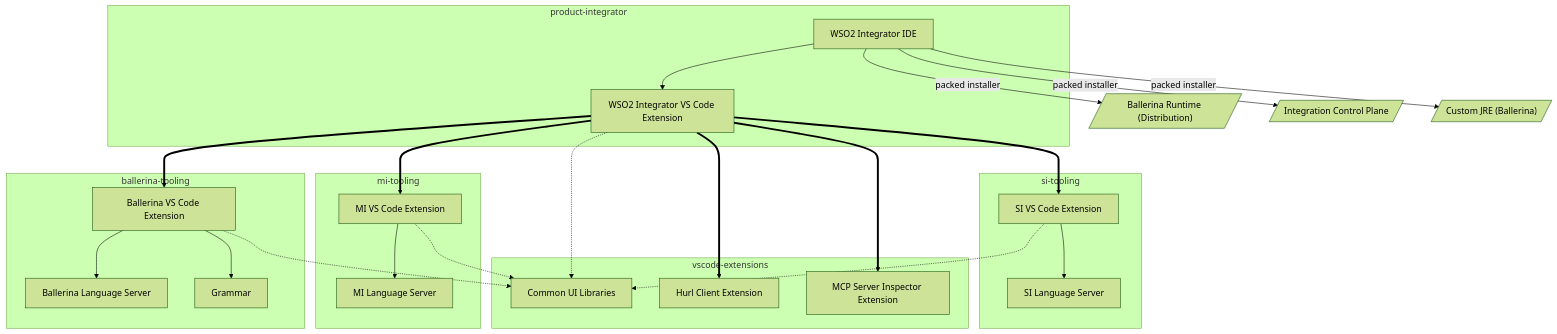
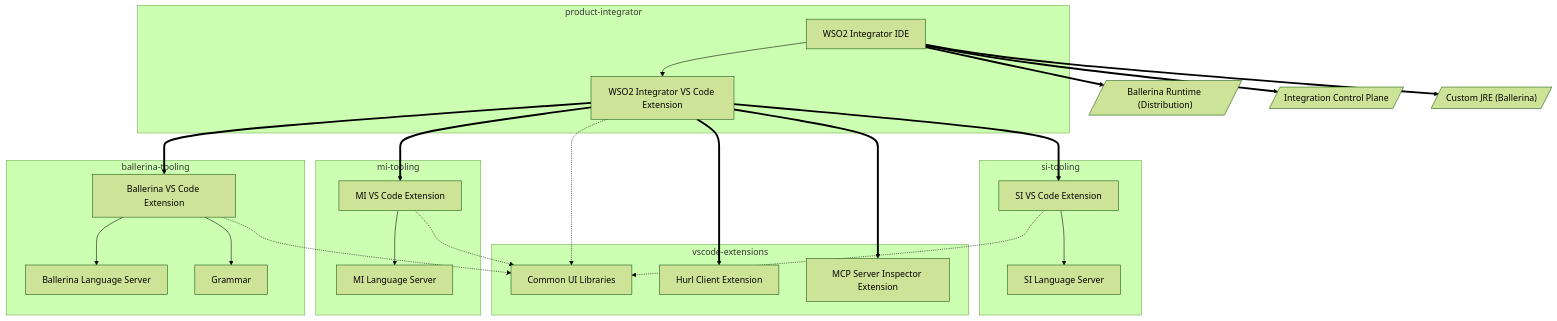
The diagram in docs/component-architecture.md (NipunaRanasinghe/wso2i-process-guides), drawn with Mermaid (forest theme) before and after one commit. The commit also changed other lines of this file, not shown here.

Commit message:
Refactor dependency representation in component architecture documentation for clarity

````diff
--- a/docs/component-architecture.md
+++ b/docs/component-architecture.md
@@ -42,53 +42,53 @@
 ```mermaid
 graph TB
     subgraph VSC["vscode-extensions"]
         UIT["Common UI Libraries"]
         HC["Hurl Client Extension"]
         MCP["MCP Server Inspector Extension"]
     end
 
     subgraph BALL["ballerina-tooling"]
         BT_LS["Ballerina Language Server"]
         BT_GR["Grammar"]
         BT_EX["Ballerina VS Code Extension"]
         BT_EX --> BT_LS
         BT_EX --> BT_GR
     end
 
     subgraph MI["mi-tooling"]
         MI_LS["MI Language Server"]
         MI_EX["MI VS Code Extension"]
         MI_EX --> MI_LS
     end
 
     subgraph SI["si-tooling"]
         SI_LS["SI Language Server"]
         SI_EX["SI VS Code Extension"]
         SI_EX --> SI_LS
     end
 
     subgraph PROD["product-integrator"]
         PI_EX["WSO2 Integrator VS Code Extension"]
         PI_IDE["WSO2 Integrator IDE"]
         PI_IDE --> PI_EX
     end
 
     BALL_RT[/"Ballerina Runtime (Distribution)"/]
     ICP_EXT[/"Integration Control Plane"/]
     JRE_EXT[/"Custom JRE (Ballerina)"/]
 
     BT_EX -.-> UIT
     MI_EX -.-> UIT
     SI_EX -.-> UIT
     PI_EX -.-> UIT
 
     PI_EX ==> BT_EX
     PI_EX ==> MI_EX
     PI_EX ==> SI_EX
     PI_EX ==> HC
     PI_EX ==> MCP
 
-    PI_IDE -->|"packed installer"| BALL_RT
-    PI_IDE -->|"packed installer"| ICP_EXT
-    PI_IDE -->|"packed installer"| JRE_EXT
+    PI_IDE ==> BALL_RT
+    PI_IDE ==> ICP_EXT
+    PI_IDE ==> JRE_EXT
 ```
````
